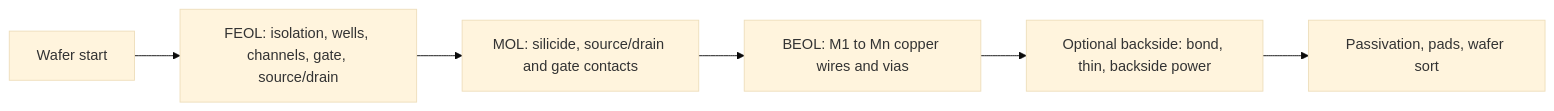
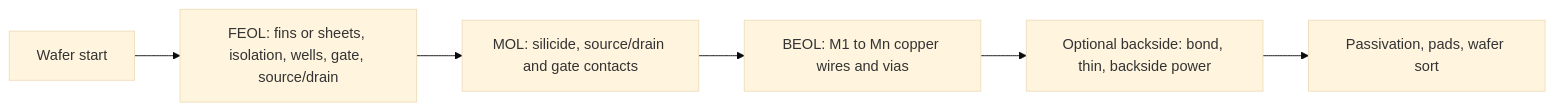
The diagram in courses/25-fabrication-packaging-test-and-reliability/chapters/25-01-process-flow-overview.md (FrankHuang94/EE_database_claude), drawn with Mermaid (base theme) before and after one commit. The commit also changed other lines of this file and 12 other files, not shown here.

````diff
--- a/courses/25-fabrication-packaging-test-and-reliability/chapters/25-01-process-flow-overview.md
+++ b/courses/25-fabrication-packaging-test-and-reliability/chapters/25-01-process-flow-overview.md
@@ -37,8 +37,8 @@
 ```mermaid
 flowchart LR
-    A[Wafer start] --> B[FEOL: isolation, wells, channels, gate, source/drain]
+    A[Wafer start] --> B[FEOL: fins or sheets, isolation, wells, gate, source/drain]
     B --> C[MOL: silicide, source/drain and gate contacts]
     C --> D[BEOL: M1 to Mn copper wires and vias]
     D --> E[Optional backside: bond, thin, backside power]
     E --> F[Passivation, pads, wafer sort]
 ```
````
